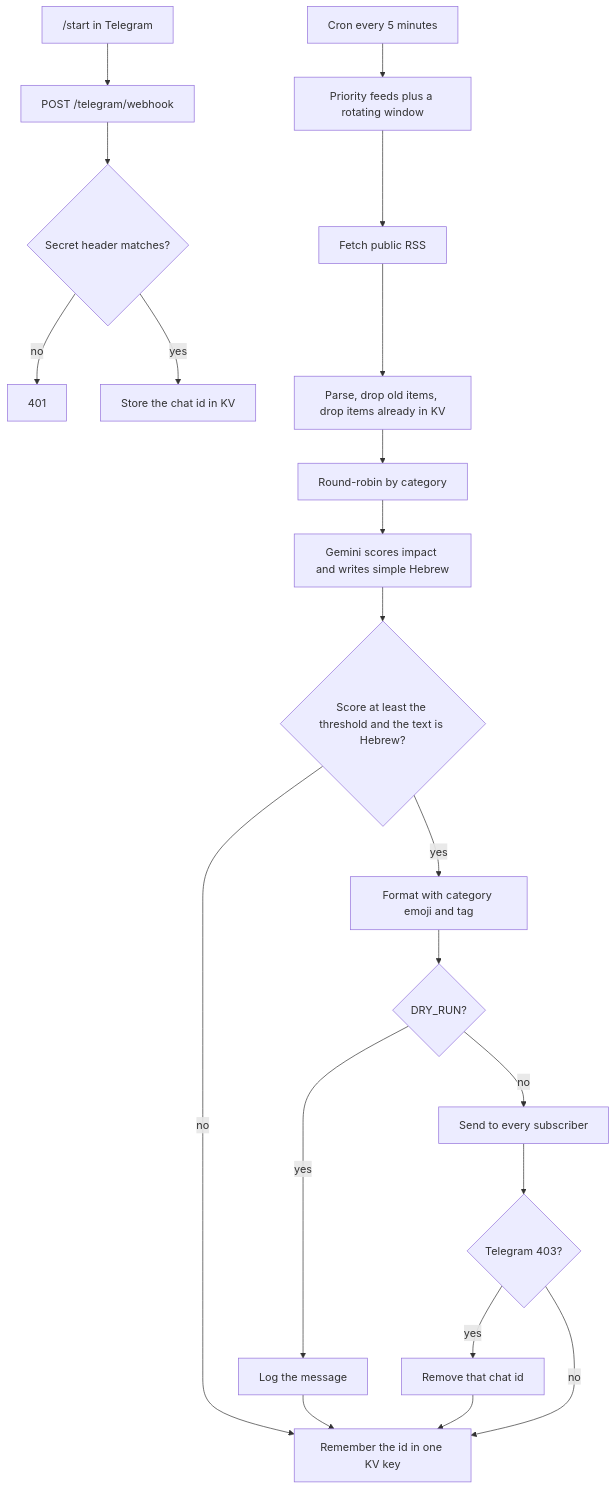
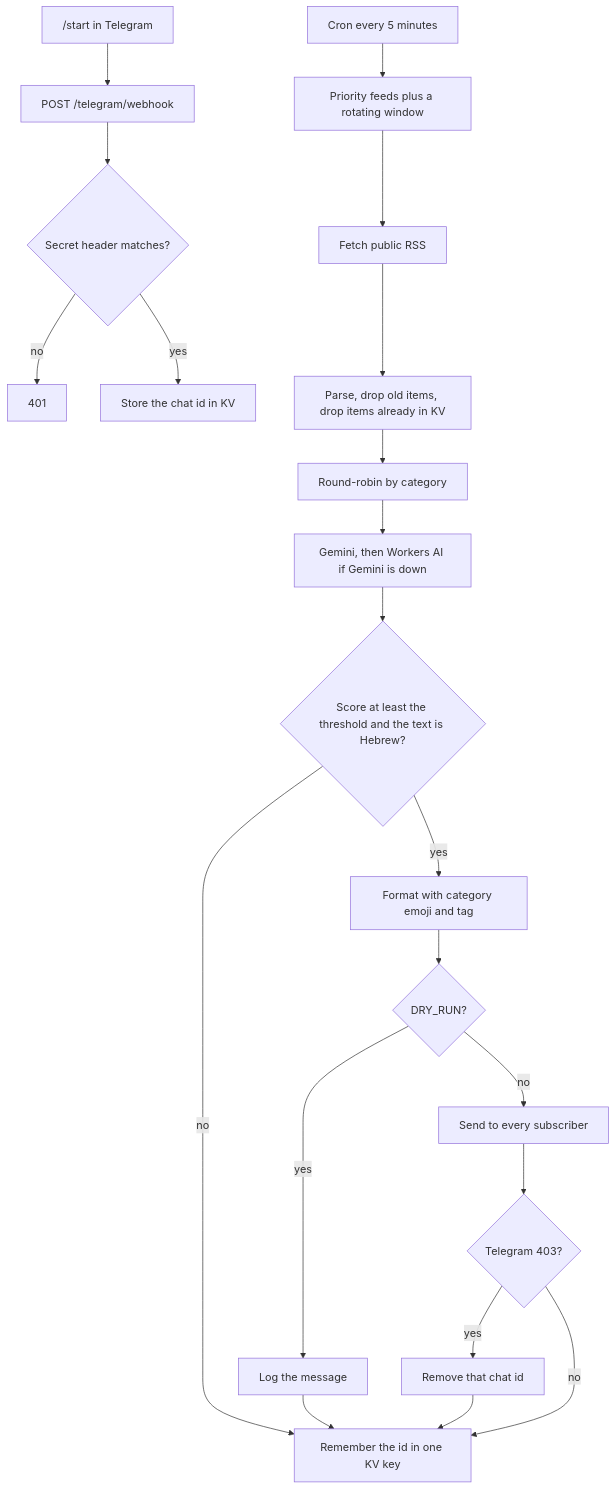
Before and after one commit to aviniazov7/hebrew-finance-news-bot: the diagram in README.md, drawn with Mermaid. The commit also changed other lines of this file and 10 other files, not shown here.

First line of the commit message:
feat: fall back to Workers AI when Gemini is unavailable

````diff
--- a/README.md
+++ b/README.md
@@ -11,23 +11,23 @@
 ```mermaid
 flowchart TD
   user["/start in Telegram"] --> hook["POST /telegram/webhook"]
   hook --> secret{Secret header matches?}
   secret -->|no| deny[401]
   secret -->|yes| sub[Store the chat id in KV]
   cron[Cron every 5 minutes] --> pick[Priority feeds plus a rotating window]
   pick --> rss[Fetch public RSS]
   rss --> parse[Parse, drop old items, drop items already in KV]
   parse --> balance[Round-robin by category]
-  balance --> gemini[Gemini scores impact and writes simple Hebrew]
+  balance --> gemini[Gemini, then Workers AI if Gemini is down]
   gemini --> gate{Score at least the threshold and the text is Hebrew?}
   gate -->|no| kv[Remember the id in one KV key]
   gate -->|yes| msg[Format with category emoji and tag]
   msg --> dry{DRY_RUN?}
   dry -->|yes| log[Log the message]
   dry -->|no| tg[Send to every subscriber]
   tg --> blocked{Telegram 403?}
   blocked -->|yes| drop[Remove that chat id]
   blocked -->|no| kv
   log --> kv
   drop --> kv
 ```
````
